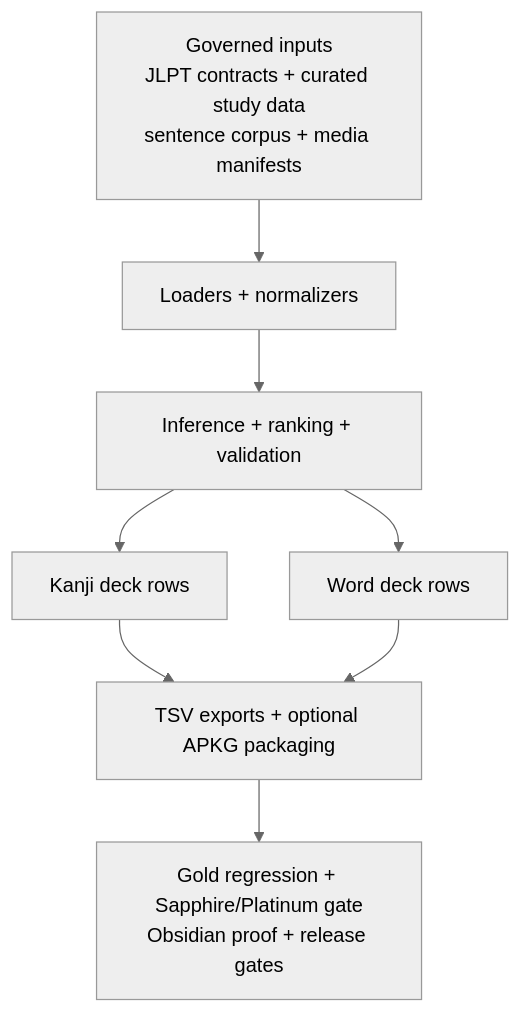
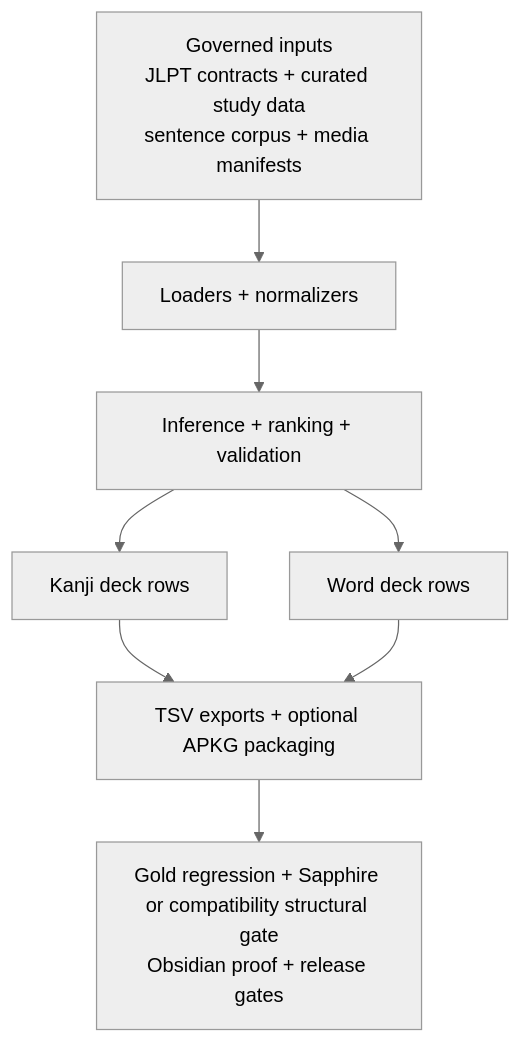
Before and after one commit to JeremiahM18/japanese-kanji-anki-builder: the first of 2 diagrams in README.md, drawn with Mermaid (neutral theme). The commit also changed other lines of this file and 31 other files, not shown here.

````diff
--- a/README.md
+++ b/README.md
@@ -141,10 +141,10 @@
 ```mermaid
 flowchart TD
     A["Governed inputs<br/>JLPT contracts + curated study data<br/>sentence corpus + media manifests"] --> B["Loaders + normalizers"]
     B --> C["Inference + ranking + validation"]
     C --> D["Kanji deck rows"]
     C --> E["Word deck rows"]
     D --> F["TSV exports + optional APKG packaging"]
     E --> F
-    F --> G["Gold regression + Sapphire/Platinum gate<br/>Obsidian proof + release gates"]
+    F --> G["Gold regression + Sapphire or compatibility structural gate<br/>Obsidian proof + release gates"]
 ```
````
